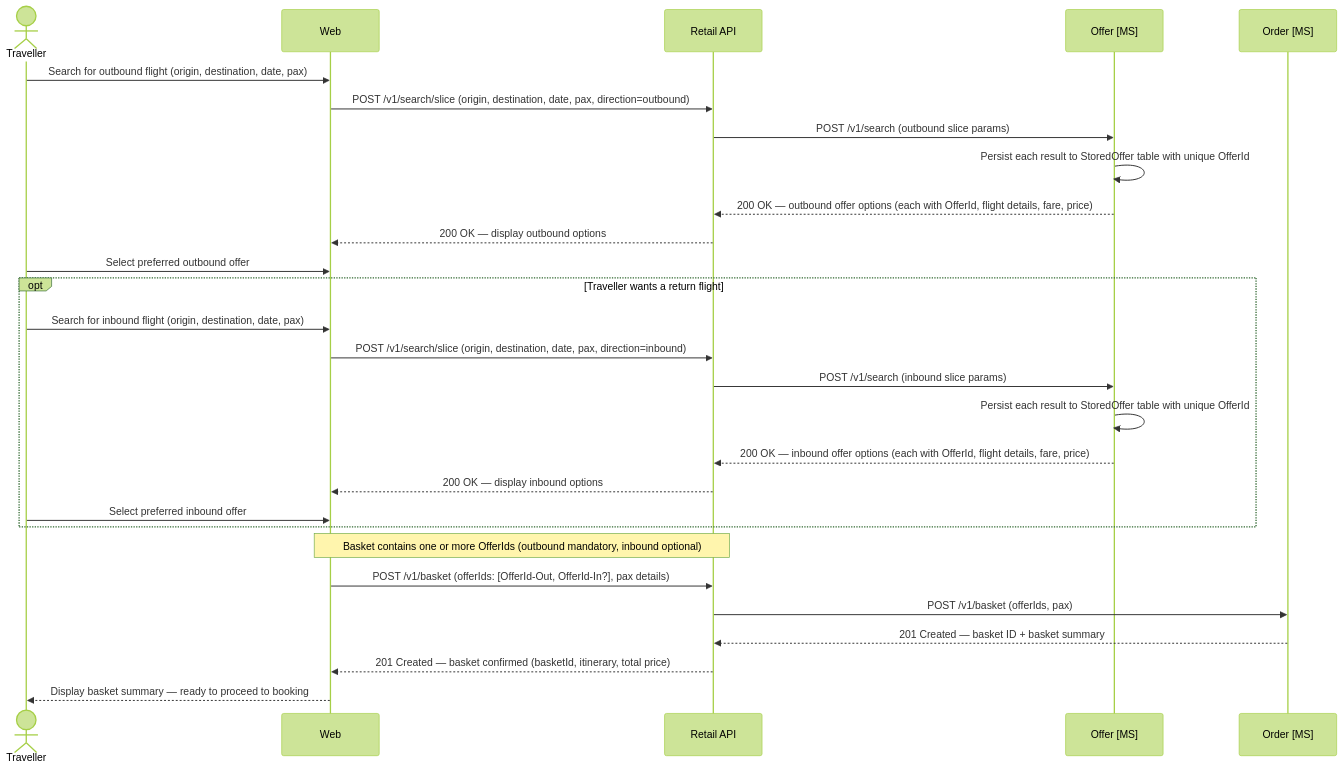
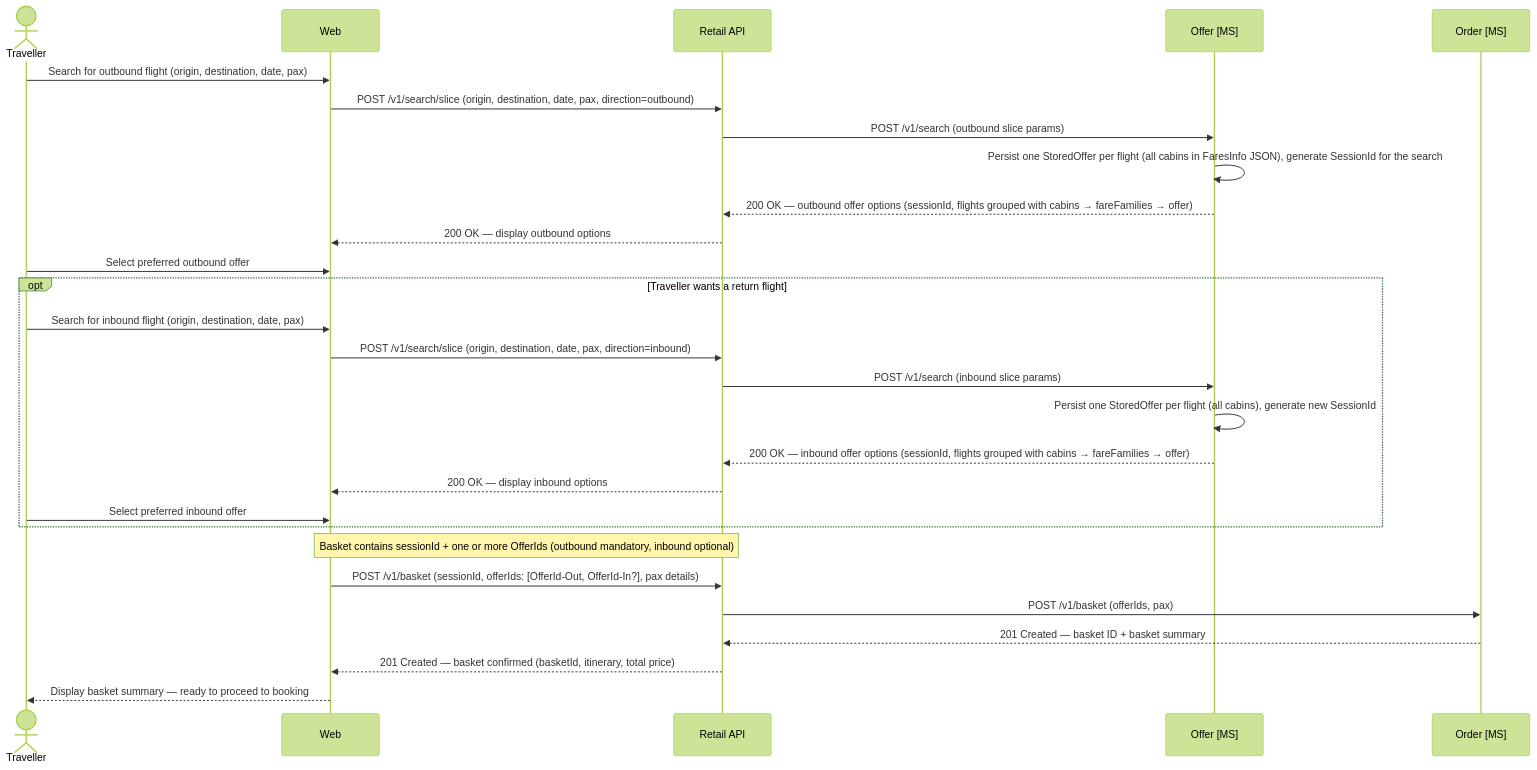
Before and after one commit to sebharvey/airline-reservation-system: the first of 2 diagrams in documentation/design/offer.md, drawn with Mermaid (forest theme). The commit also changed other lines of this file and 3 other files, not shown here.

First line of the commit message:
Update docs and service payloads to reflect search grouping and SessionId changes

````diff
--- a/documentation/design/offer.md
+++ b/documentation/design/offer.md
@@ -14,36 +14,36 @@
 ```mermaid
 sequenceDiagram
     actor Traveller
     participant Web
     participant RetailAPI as Retail API
     participant OfferMS as Offer [MS]
     participant OrderMS as Order [MS]
 
     Traveller->>Web: Search for outbound flight (origin, destination, date, pax)
 
     Web->>RetailAPI: POST /v1/search/slice (origin, destination, date, pax, direction=outbound)
     RetailAPI->>OfferMS: POST /v1/search (outbound slice params)
-    OfferMS->>OfferMS: Persist each result to StoredOffer table with unique OfferId
-    OfferMS-->>RetailAPI: 200 OK — outbound offer options (each with OfferId, flight details, fare, price)
+    OfferMS->>OfferMS: Persist one StoredOffer per flight (all cabins in FaresInfo JSON), generate SessionId for the search
+    OfferMS-->>RetailAPI: 200 OK — outbound offer options (sessionId, flights grouped with cabins → fareFamilies → offer)
     RetailAPI-->>Web: 200 OK — display outbound options
 
     Traveller->>Web: Select preferred outbound offer
 
     opt Traveller wants a return flight
         Traveller->>Web: Search for inbound flight (origin, destination, date, pax)
         Web->>RetailAPI: POST /v1/search/slice (origin, destination, date, pax, direction=inbound)
         RetailAPI->>OfferMS: POST /v1/search (inbound slice params)
-        OfferMS->>OfferMS: Persist each result to StoredOffer table with unique OfferId
-        OfferMS-->>RetailAPI: 200 OK — inbound offer options (each with OfferId, flight details, fare, price)
+        OfferMS->>OfferMS: Persist one StoredOffer per flight (all cabins), generate new SessionId
+        OfferMS-->>RetailAPI: 200 OK — inbound offer options (sessionId, flights grouped with cabins → fareFamilies → offer)
         RetailAPI-->>Web: 200 OK — display inbound options
         Traveller->>Web: Select preferred inbound offer
     end
 
-    Note over Web, RetailAPI: Basket contains one or more OfferIds (outbound mandatory, inbound optional)
+    Note over Web, RetailAPI: Basket contains sessionId + one or more OfferIds (outbound mandatory, inbound optional)
 
-    Web->>RetailAPI: POST /v1/basket (offerIds: [OfferId-Out, OfferId-In?], pax details)
+    Web->>RetailAPI: POST /v1/basket (sessionId, offerIds: [OfferId-Out, OfferId-In?], pax details)
     RetailAPI->>OrderMS: POST /v1/basket (offerIds, pax)
     OrderMS-->>RetailAPI: 201 Created — basket ID + basket summary
     RetailAPI-->>Web: 201 Created — basket confirmed (basketId, itinerary, total price)
     Web-->>Traveller: Display basket summary — ready to proceed to booking
 ```
````
